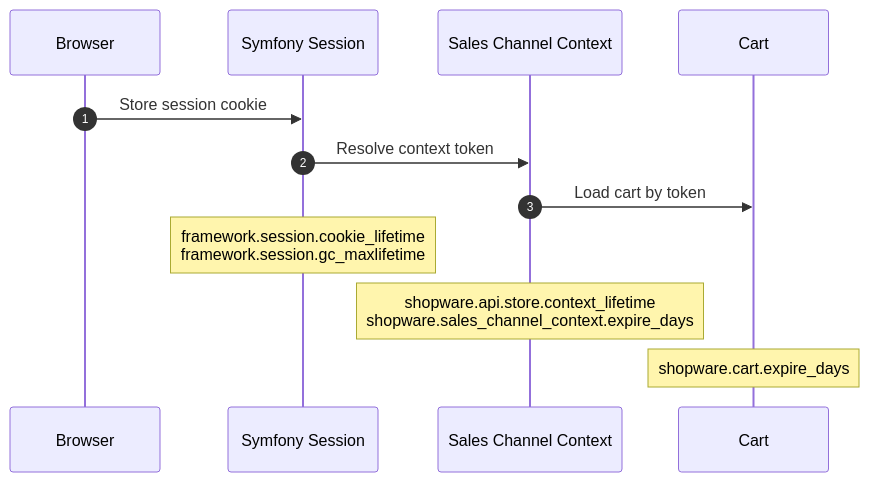
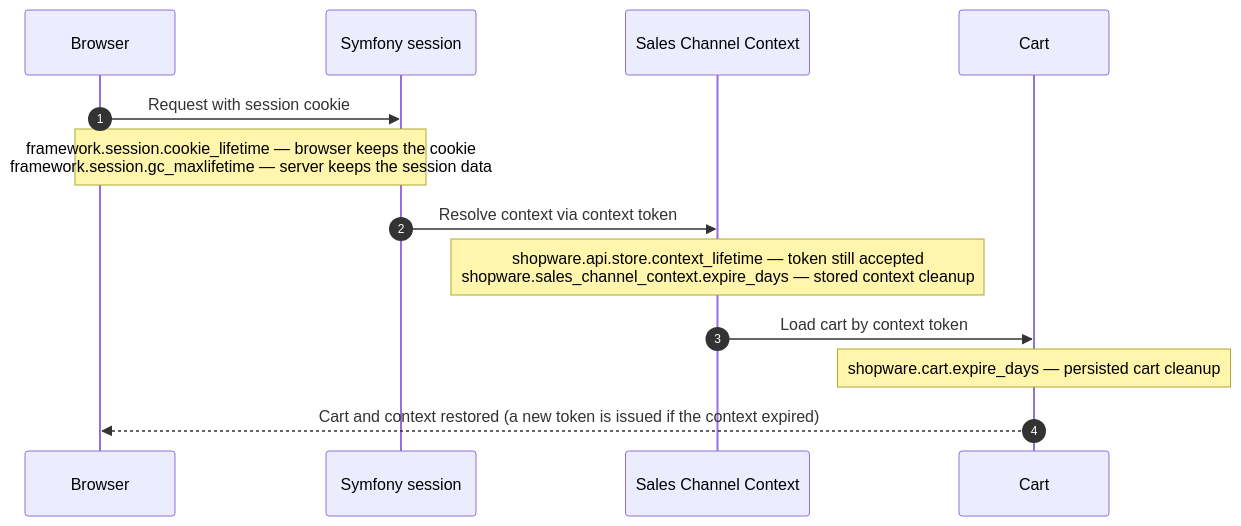
Before and after one commit to shopware/docs: the diagram in guides/hosting/performance/session.md, drawn with Mermaid. The commit also changed other lines of this file, not shown here.

````diff
--- a/guides/hosting/performance/session.md
+++ b/guides/hosting/performance/session.md
@@ -16,15 +16,19 @@
 ```mermaid
 sequenceDiagram
     autonumber
-    participant Browser
-    participant Symfony Session
-    participant Sales Channel Context
-    participant Cart
+    participant B as Browser
+    participant S as Symfony session
+    participant SCC as Sales Channel Context
+    participant C as Cart
 
-    Browser->>Symfony Session: Store session cookie
-    Symfony Session->>Sales Channel Context: Resolve context token
-    Sales Channel Context->>Cart: Load cart by token
-    Note over Symfony Session: framework.session.cookie_lifetime<br/>framework.session.gc_maxlifetime
-    Note over Sales Channel Context: shopware.api.store.context_lifetime<br/>shopware.sales_channel_context.expire_days
-    Note over Cart: shopware.cart.expire_days
+    B->>S: Request with session cookie
+    Note over B,S: framework.session.cookie_lifetime — browser keeps the cookie<br/>framework.session.gc_maxlifetime — server keeps the session data
+
+    S->>SCC: Resolve context via context token
+    Note over SCC: shopware.api.store.context_lifetime — token still accepted<br/>shopware.sales_channel_context.expire_days — stored context cleanup
+
+    SCC->>C: Load cart by context token
+    Note over C: shopware.cart.expire_days — persisted cart cleanup
+
+    C-->>B: Cart and context restored (a new token is issued if the context expired)
 ```
````
